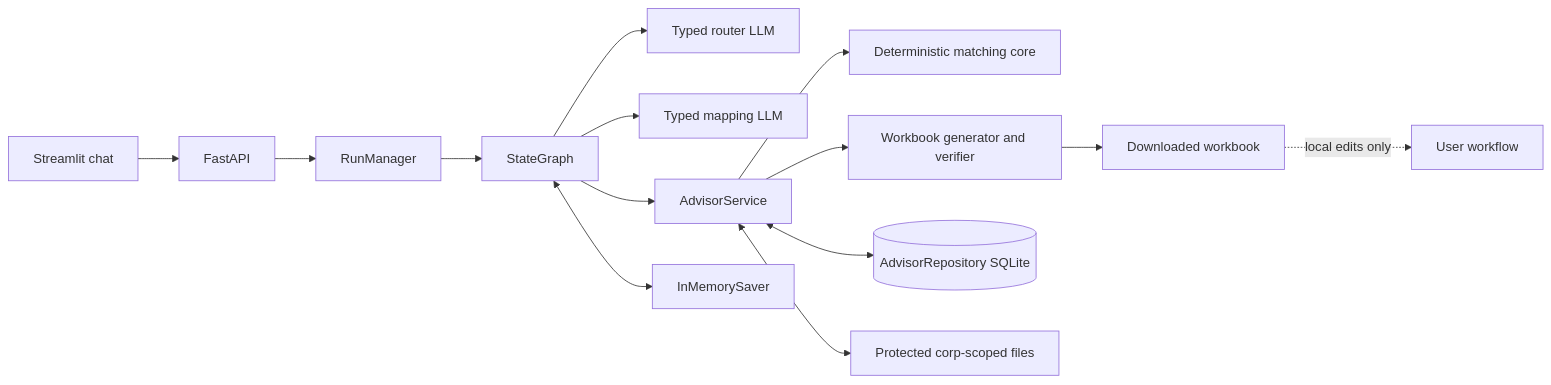
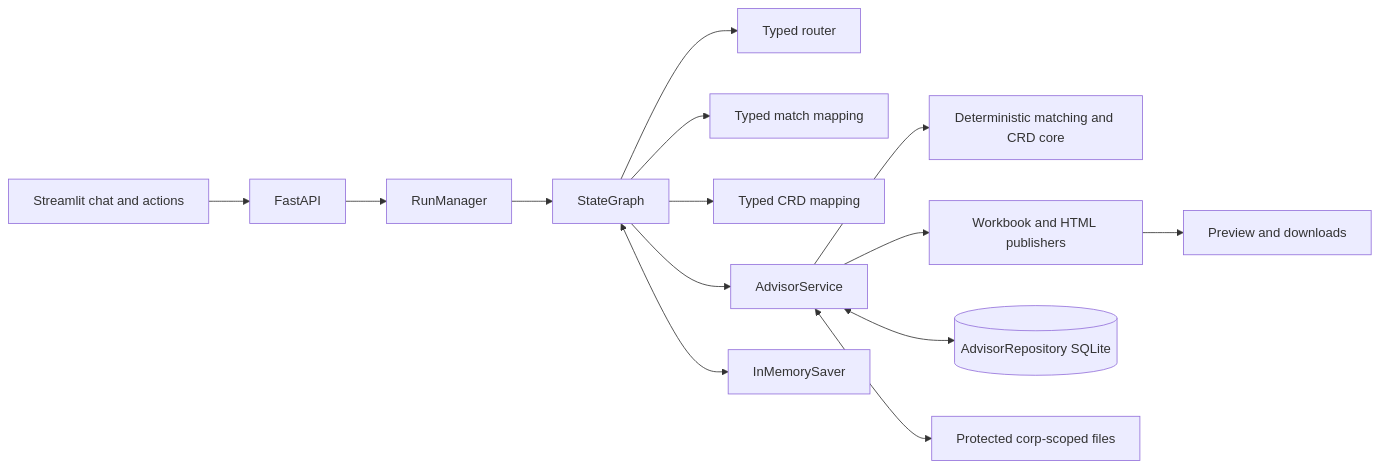
The first of 2 diagrams in advisor-match-agent/docs/ADVISOR_MATCH_ARCHITECTURE.md (lizequnwz/deepagents-agents), drawn with Mermaid before and after one commit. The commit also changed other lines of this file and 35 other files, not shown here.

````diff
--- a/advisor-match-agent/docs/ADVISOR_MATCH_ARCHITECTURE.md
+++ b/advisor-match-agent/docs/ADVISOR_MATCH_ARCHITECTURE.md
@@ -16,16 +17,16 @@
 ```mermaid
 flowchart LR
-    UI[Streamlit chat] --> API[FastAPI]
+    UI[Streamlit chat and actions] --> API[FastAPI]
     API --> RM[RunManager]
     RM --> G[StateGraph]
-    G --> R[Typed router LLM]
-    G --> M[Typed mapping LLM]
+    G --> R[Typed router]
+    G --> MM[Typed match mapping]
+    G --> CM[Typed CRD mapping]
     G --> S[AdvisorService]
-    S --> D[Deterministic matching core]
-    S --> W[Workbook generator and verifier]
+    S --> D[Deterministic matching and CRD core]
+    S --> A[Workbook and HTML publishers]
     G <--> IM[InMemorySaver]
     S <--> DB[(AdvisorRepository SQLite)]
     S <--> FS[Protected corp-scoped files]
-    W --> X[Downloaded workbook]
-    X -. local edits only .-> U[User workflow]
+    A --> OUT[Preview and downloads]
 ```
````
